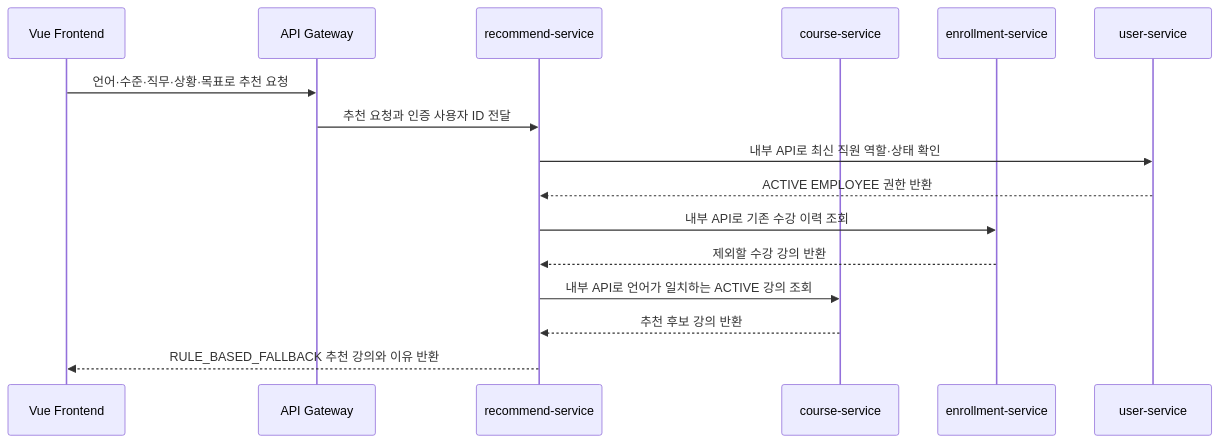
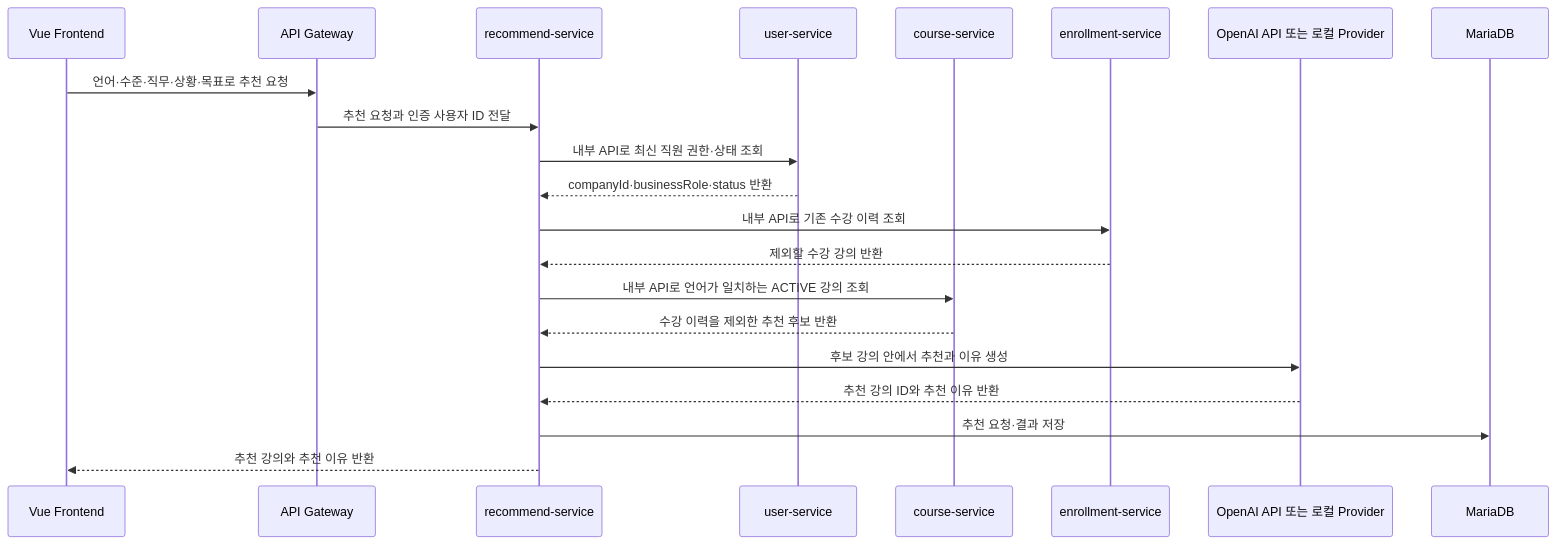
One commit to skala-msa-team/linguaroute-msa changed the sixth of 6 diagrams in README.md. Above: the diagram before and after it, drawn with Mermaid. The commit also changed other lines of this file and 8 other files, not shown here.

````diff
--- a/README.md
+++ b/README.md
@@ -452,19 +452,24 @@
 ```mermaid
 sequenceDiagram
     participant FE as Vue Frontend
     participant GW as API Gateway
     participant RS as recommend-service
+    participant US as user-service
     participant CS as course-service
     participant ES as enrollment-service
-    participant US as user-service
+    participant AI as OpenAI API 또는 로컬 Provider
+    participant DB as MariaDB
 
     FE->>GW: 언어·수준·직무·상황·목표로 추천 요청
     GW->>RS: 추천 요청과 인증 사용자 ID 전달
-    RS->>US: 내부 API로 최신 직원 역할·상태 확인
-    US-->>RS: ACTIVE EMPLOYEE 권한 반환
+    RS->>US: 내부 API로 최신 직원 권한·상태 조회
+    US-->>RS: companyId·businessRole·status 반환
     RS->>ES: 내부 API로 기존 수강 이력 조회
     ES-->>RS: 제외할 수강 강의 반환
     RS->>CS: 내부 API로 언어가 일치하는 ACTIVE 강의 조회
-    CS-->>RS: 추천 후보 강의 반환
-    RS-->>FE: RULE_BASED_FALLBACK 추천 강의와 이유 반환
+    CS-->>RS: 수강 이력을 제외한 추천 후보 반환
+    RS->>AI: 후보 강의 안에서 추천과 이유 생성
+    AI-->>RS: 추천 강의 ID와 추천 이유 반환
+    RS->>DB: 추천 요청·결과 저장
+    RS-->>FE: 추천 강의와 추천 이유 반환
 ```
````
